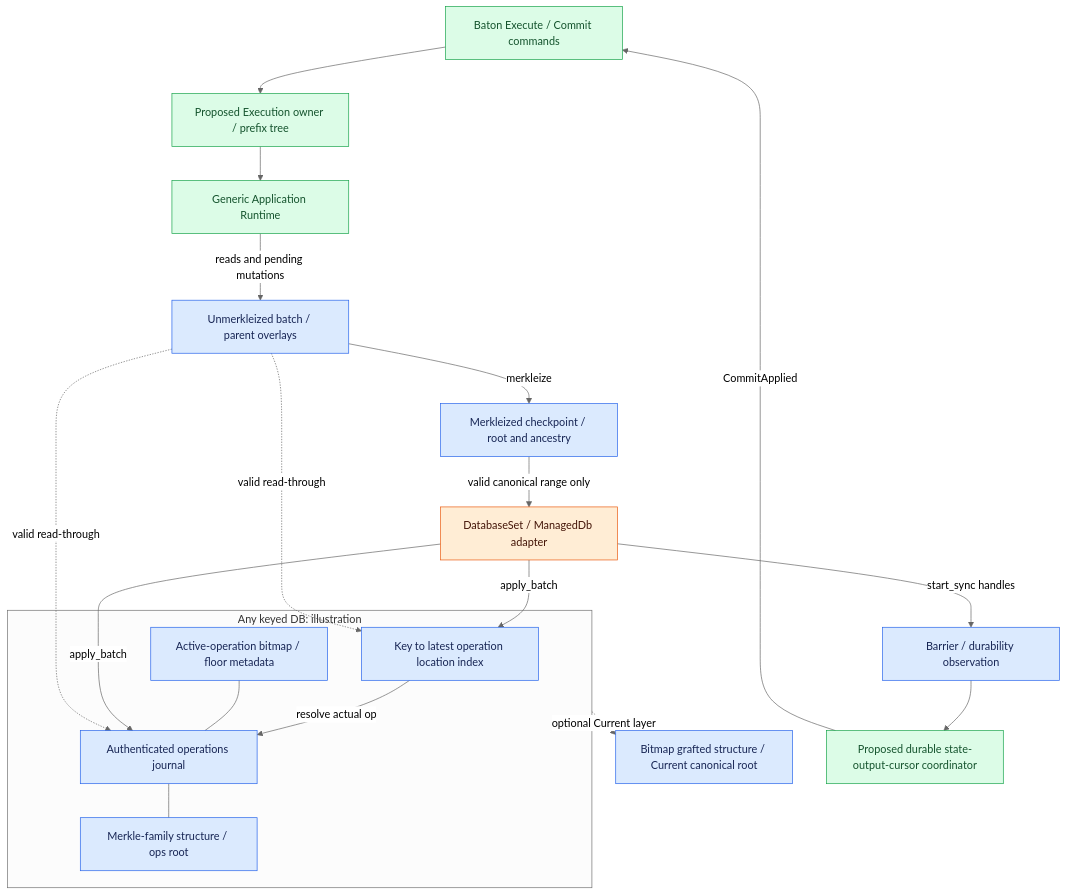
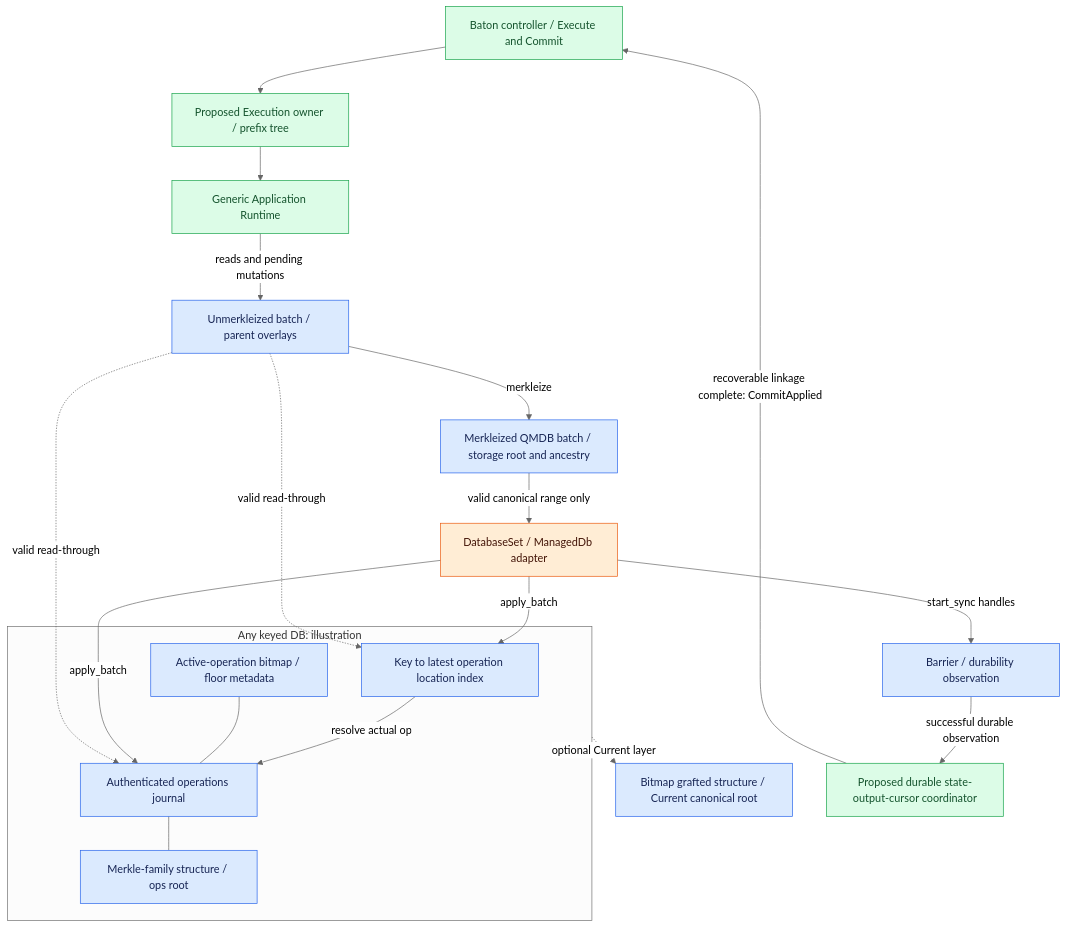
One commit to djm07073/baton-research changed diagram 16 of 17 in IMPLEMENTATION_SPEC.md. Above: the diagram before and after it, drawn with Mermaid (neutral theme). The commit also changed other lines of this file and 30 other files, not shown here.

Commit message:
docs: clarify native reuse and execution ownership; illustrate prefix selection

````diff
--- a/IMPLEMENTATION_SPEC.md
+++ b/IMPLEMENTATION_SPEC.md
@@ -940,31 +974,31 @@
 ```mermaid
 flowchart TB
-    B[Baton Execute / Commit commands] --> O[Proposed Execution owner / prefix tree]
+    B[Baton controller / Execute and Commit] --> O[Proposed Execution owner / prefix tree]
     O --> R[Generic Application Runtime]
     R -->|reads and pending mutations| U[Unmerkleized batch / parent overlays]
-    U -->|merkleize| K[Merkleized checkpoint / root and ancestry]
+    U -->|merkleize| K[Merkleized QMDB batch / storage root and ancestry]
     K -->|valid canonical range only| D[DatabaseSet / ManagedDb adapter]
     subgraph Q[Any keyed DB: illustration]
         I[Key to latest operation location index]
         L[Authenticated operations journal]
         M[Merkle-family structure / ops root]
         A[Active-operation bitmap / floor metadata]
         I -->|resolve actual op| L
         L --- M
         A --- L
     end
     D -->|apply_batch| I
     D -->|apply_batch| L
     U -. valid read-through .-> I
     U -. valid read-through .-> L
     Q -. optional Current layer .-> C[Bitmap grafted structure / Current canonical root]
     D -->|start_sync handles| F[Barrier / durability observation]
-    F --> J[Proposed durable state-output-cursor coordinator]
-    J -->|CommitApplied| B
+    F -->|successful durable observation| J[Proposed durable state-output-cursor coordinator]
+    J -->|recoverable linkage complete: CommitApplied| B
     classDef reuse fill:#dbeafe,stroke:#2563eb,color:#172554;
     classDef adapt fill:#ffedd5,stroke:#ea580c,color:#431407;
     classDef fresh fill:#dcfce7,stroke:#16a34a,color:#14532d;
     class U,K,I,L,M,A,C,F reuse;
     class D adapt;
     class B,O,R,J fresh;
 ```
````
